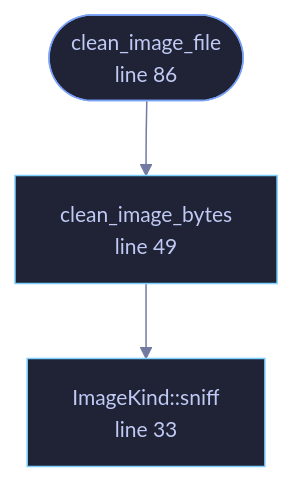
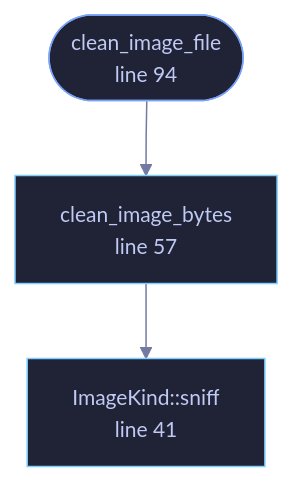
The diagram in docs/files/veilvoice-meta/image.md (tilas01/veilvoice), drawn with Mermaid before and after one commit. The commit also changed other lines of this file and 487 other files, not shown here.

````diff
--- a/docs/files/veilvoice-meta/image.md
+++ b/docs/files/veilvoice-meta/image.md
@@ -63,16 +72,16 @@
 ```mermaid
 %%{init: {"theme":"base","themeVariables":{"background":"#1a1b26","primaryColor":"#1f2335","primaryTextColor":"#c0caf5","primaryBorderColor":"#7aa2f7","secondaryColor":"#16161e","tertiaryColor":"#16161e","lineColor":"#737aa2","textColor":"#c0caf5","mainBkg":"#1f2335","nodeBorder":"#7aa2f7","clusterBkg":"#16161e","clusterBorder":"#2f3549","fontFamily":"ui-monospace, SFMono-Regular, Consolas, monospace","fontSize":"14px"}}}%%
 flowchart TD
-    n_sniff["ImageKind::sniff<br/>line 33"]
-    n_clean_image_bytes["clean_image_bytes<br/>line 49"]
-    n_clean_image_file(["clean_image_file<br/>line 86"])
+    n_sniff["ImageKind::sniff<br/>line 41"]
+    n_clean_image_bytes["clean_image_bytes<br/>line 57"]
+    n_clean_image_file(["clean_image_file<br/>line 94"])
     n_clean_image_bytes --> n_sniff
     n_clean_image_file --> n_clean_image_bytes
-    click n_sniff href "https://github.com/tilas01/veilvoice/blob/main/crates/veilvoice-meta/src/image.rs#L33" "open the source"
-    click n_clean_image_bytes href "https://github.com/tilas01/veilvoice/blob/main/crates/veilvoice-meta/src/image.rs#L49" "open the source"
-    click n_clean_image_file href "https://github.com/tilas01/veilvoice/blob/main/crates/veilvoice-meta/src/image.rs#L86" "open the source"
+    click n_sniff href "https://github.com/tilas01/veilvoice/blob/main/crates/veilvoice-meta/src/image.rs#L41" "open the source"
+    click n_clean_image_bytes href "https://github.com/tilas01/veilvoice/blob/main/crates/veilvoice-meta/src/image.rs#L57" "open the source"
+    click n_clean_image_file href "https://github.com/tilas01/veilvoice/blob/main/crates/veilvoice-meta/src/image.rs#L94" "open the source"
     classDef entry fill:#1f2335,stroke:#7aa2f7,color:#c0caf5
     class n_clean_image_file entry
     classDef api fill:#1f2335,stroke:#7dcfff,color:#c0caf5
     class n_sniff,n_clean_image_bytes api
 ```
````
